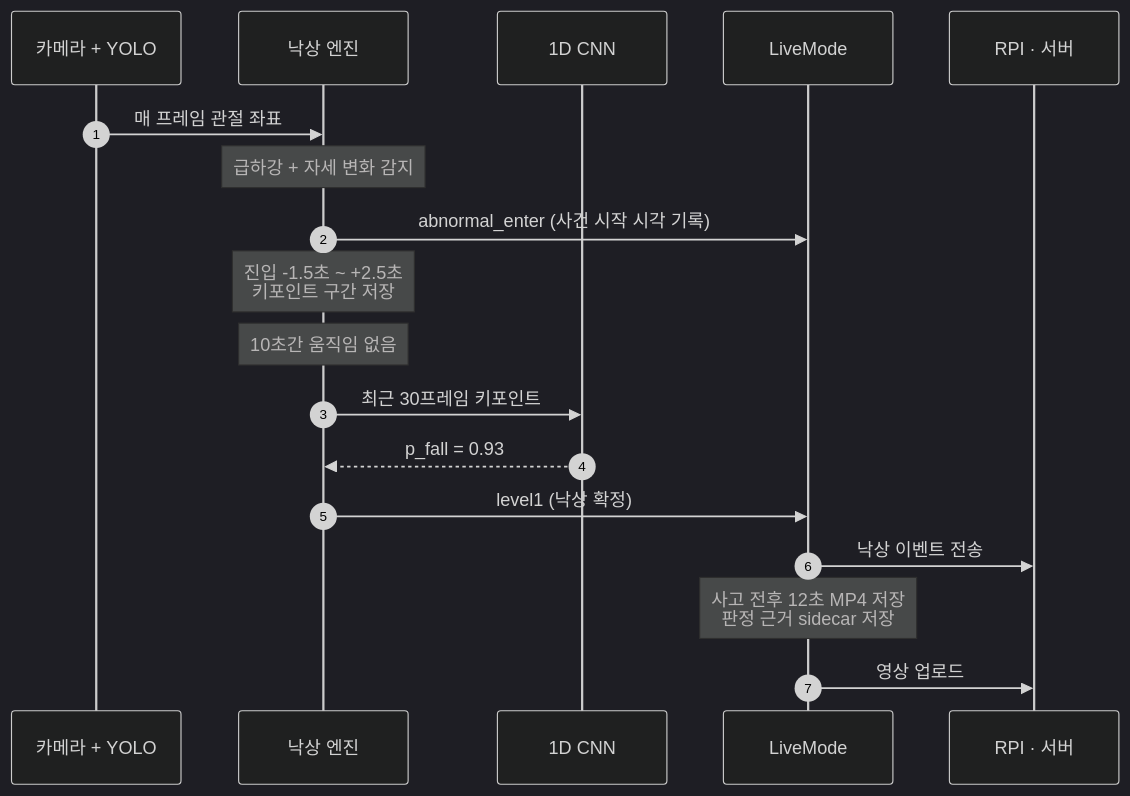
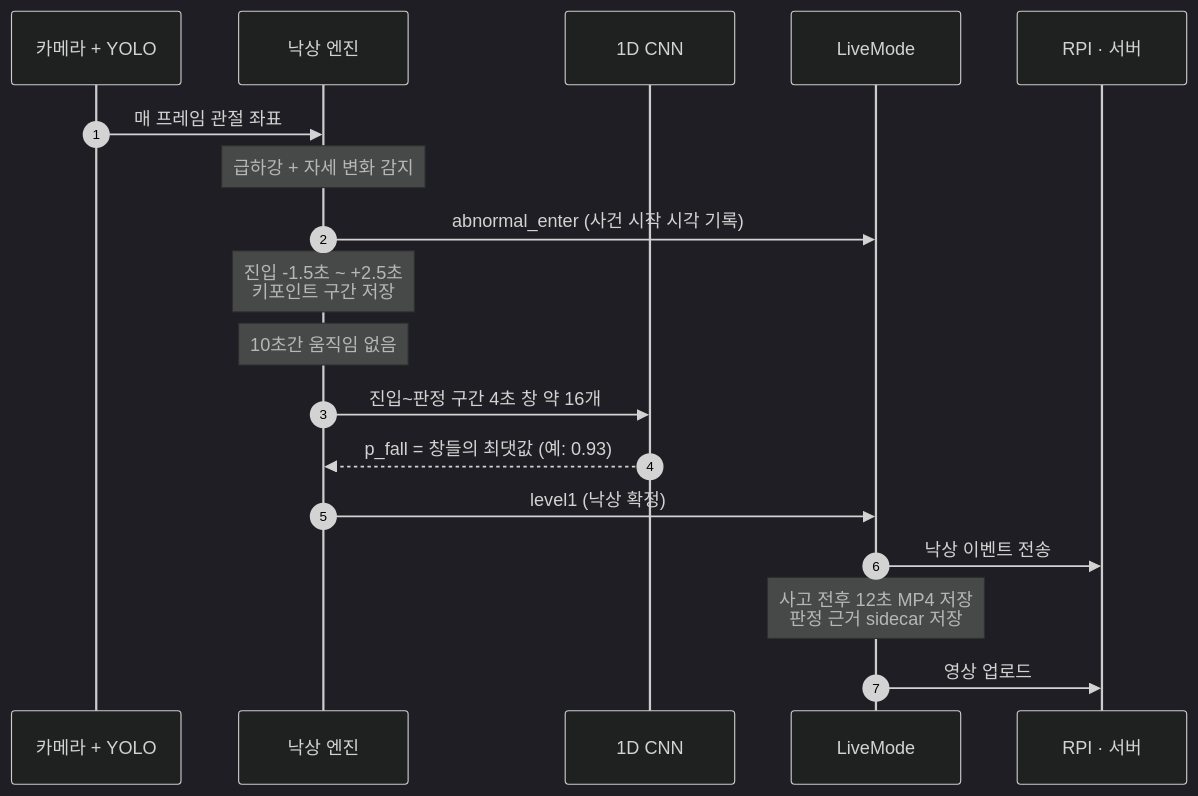
One commit to karneva/fall-detection-edge-app changed the fifth of 6 diagrams in README.md. Above: the diagram before and after it, drawn with Mermaid (dark theme). The commit also changed other lines of this file and 5 other files, not shown here.

````diff
--- a/README.md
+++ b/README.md
@@ -126,21 +126,21 @@
 ```mermaid
 sequenceDiagram
     autonumber
     participant C as 카메라 + YOLO
     participant E as 낙상 엔진
     participant A as 1D CNN
     participant L as LiveMode
     participant O as RPI · 서버
 
     C->>E: 매 프레임 관절 좌표
     Note over E: 급하강 + 자세 변화 감지
     E->>L: abnormal_enter (사건 시작 시각 기록)
     Note over E: 진입 -1.5초 ~ +2.5초<br/>키포인트 구간 저장
     Note over E: 10초간 움직임 없음
-    E->>A: 최근 30프레임 키포인트
-    A-->>E: p_fall = 0.93
+    E->>A: 진입~판정 구간 4초 창 약 16개
+    A-->>E: p_fall = 창들의 최댓값 (예: 0.93)
     E->>L: level1 (낙상 확정)
     L->>O: 낙상 이벤트 전송
     Note over L: 사고 전후 12초 MP4 저장<br/>판정 근거 sidecar 저장
     L->>O: 영상 업로드
 ```
````
